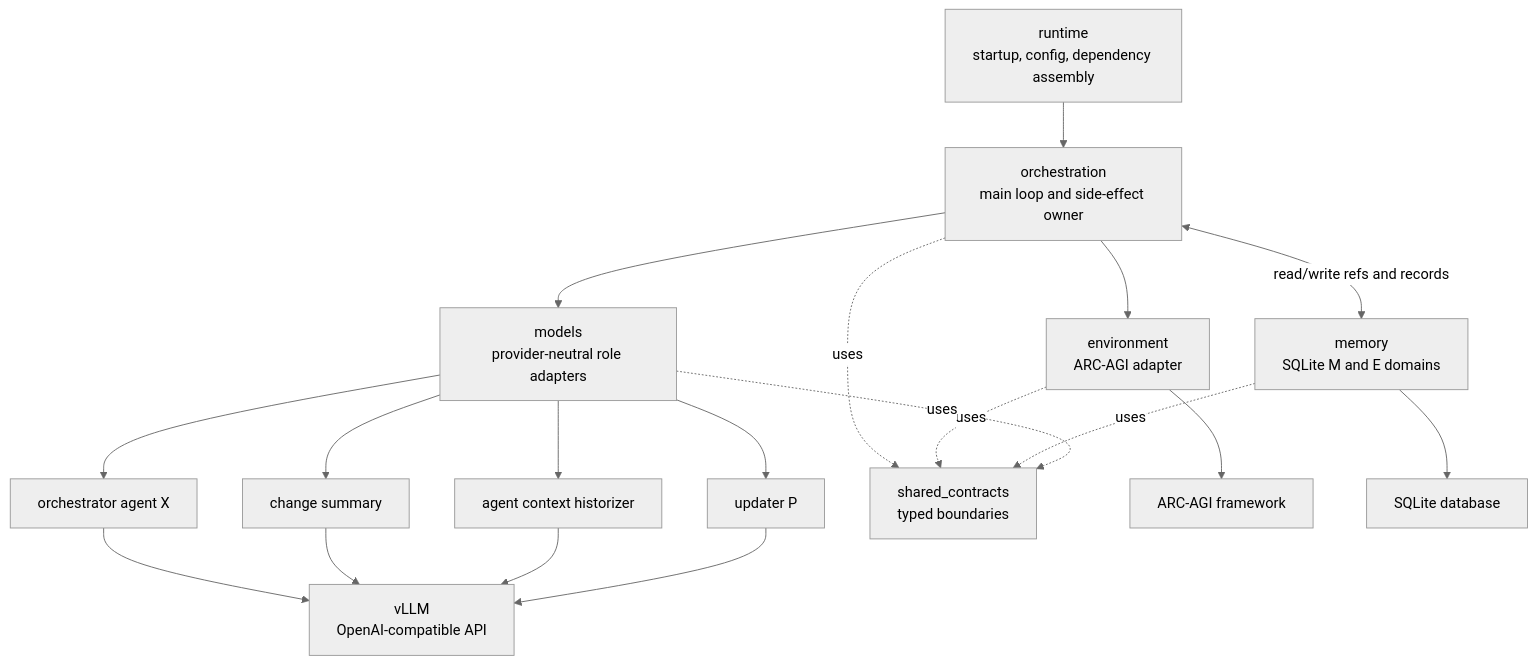
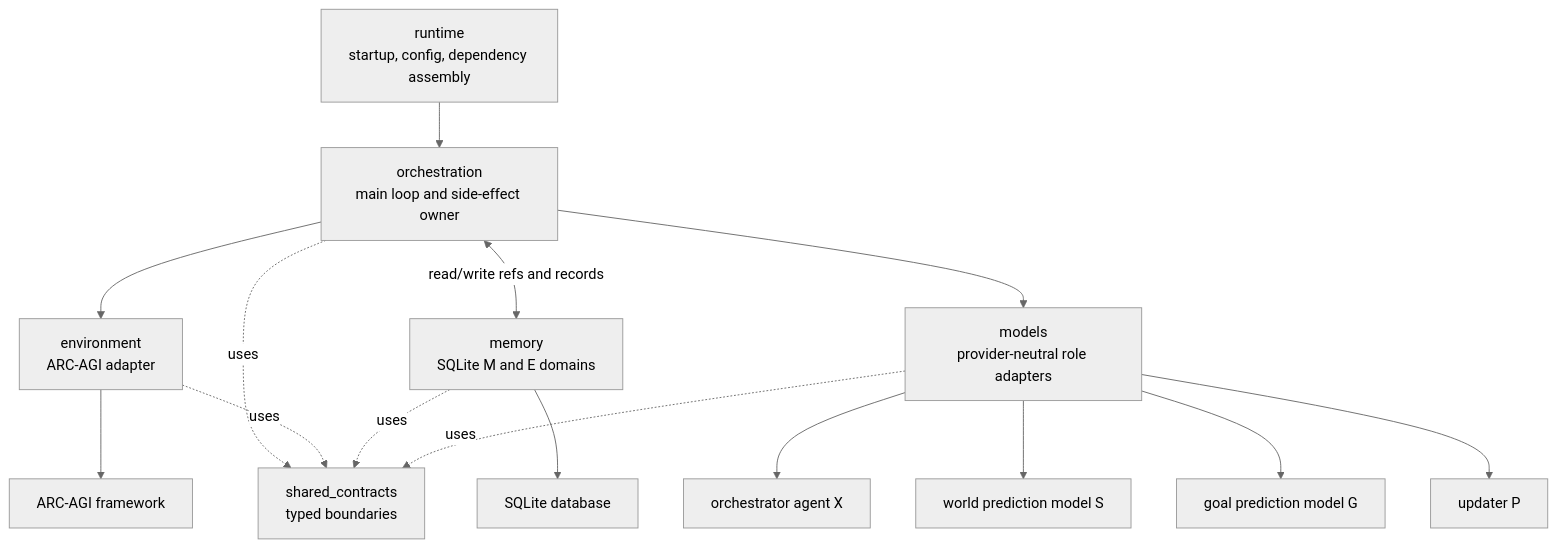
The first of 3 diagrams in doc/architecture/software/diagrams.md (cocomette/artificial-agency), drawn with Mermaid (neutral theme) before and after one commit. The commit also changed other lines of this file and 329 other files, not shown here.

````diff
--- a/doc/architecture/software/diagrams.md
+++ b/doc/architecture/software/diagrams.md
@@ -9,31 +9,30 @@
 ```mermaid
 flowchart TB
     Runtime["runtime\nstartup, config, dependency assembly"]
     Orchestration["orchestration\nmain loop and side-effect owner"]
     Environment["environment\nARC-AGI adapter"]
     Memory["memory\nSQLite M and E domains"]
     Models["models\nprovider-neutral role adapters"]
     Agent["orchestrator agent X"]
-    Change["change summary"]
-    Historizer["agent context historizer"]
+    World["world prediction model S"]
+    Goal["goal prediction model G"]
     Updater["updater P"]
     Contracts["shared_contracts\ntyped boundaries"]
     ARC["ARC-AGI framework"]
     SQLite["SQLite database"]
-    VLLM["vLLM\nOpenAI-compatible API"]
 
     Runtime --> Orchestration
     Orchestration --> Environment
     Environment --> ARC
     Orchestration <-->|read/write refs and records| Memory
     Memory --> SQLite
     Orchestration --> Models
-    Models --> Agent --> VLLM
-    Models --> Change --> VLLM
-    Models --> Historizer --> VLLM
-    Models --> Updater --> VLLM
+    Models --> Agent
+    Models --> World
+    Models --> Goal
+    Models --> Updater
     Orchestration -. uses .-> Contracts
     Environment -. uses .-> Contracts
     Memory -. uses .-> Contracts
     Models -. uses .-> Contracts
 ```
````
